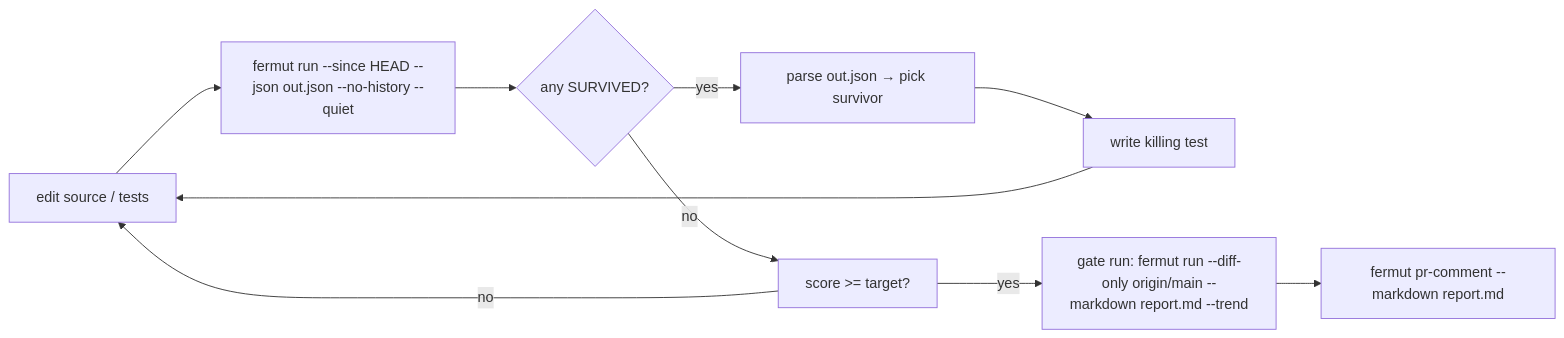
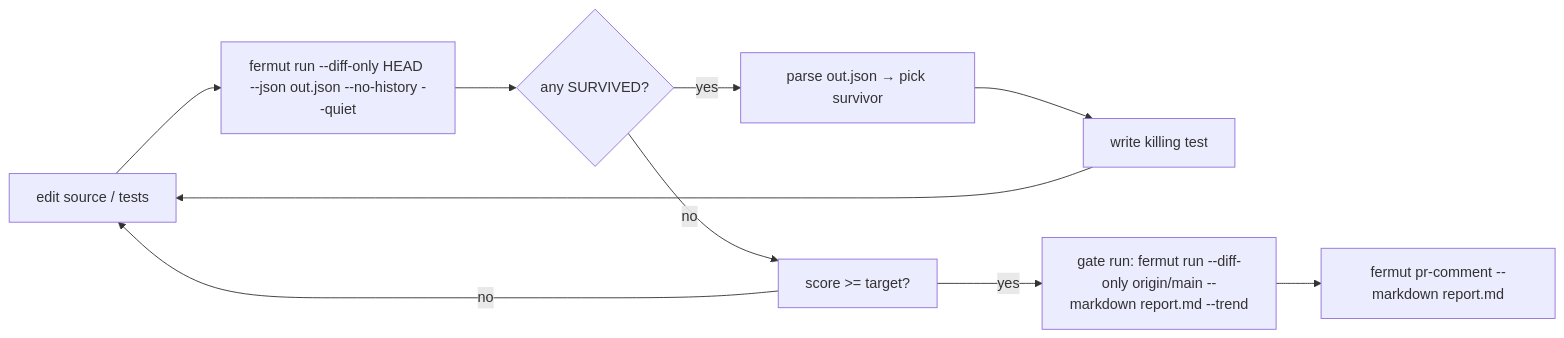
One commit to KovantAI/fermut changed the diagram in docs/guides/coding-agents.md. Above: the diagram before and after it, drawn with Mermaid. The commit also changed other lines of this file and 50 other files, not shown here.

````diff
--- a/docs/guides/coding-agents.md
+++ b/docs/guides/coding-agents.md
@@ -84,12 +87,12 @@
 ```mermaid
 flowchart LR
-    A[edit source / tests] --> B[fermut run --since HEAD --json out.json --no-history --quiet]
+    A[edit source / tests] --> B[fermut run --diff-only HEAD --json out.json --no-history --quiet]
     B --> C{any SURVIVED?}
     C -- yes --> F[parse out.json → pick survivor]
     F --> G[write killing test]
     G --> A
     C -- no --> D[score >= target?]
     D -- no --> A
     D -- yes --> E[gate run: fermut run --diff-only origin/main --markdown report.md --trend]
     E --> Z[fermut pr-comment --markdown report.md]
 ```
````
